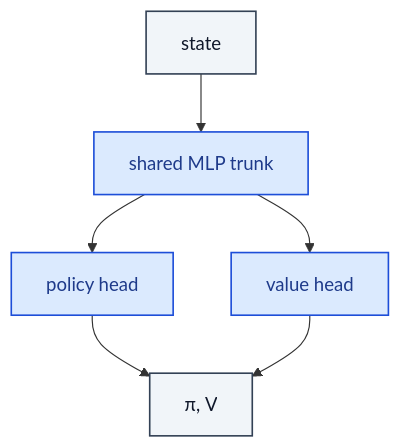
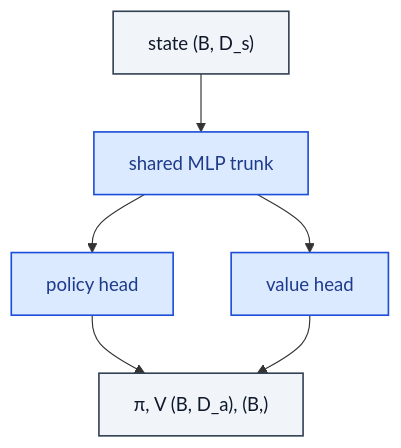
One commit to RealityShifts/Srivastava-book-of-Blocks-diagrams changed the diagram in rl/ActorCritic.md. Above: the diagram before and after it, drawn with Mermaid. The commit also changed 123 other files, not shown here.

````diff
--- a/rl/ActorCritic.md
+++ b/rl/ActorCritic.md
@@ -7,22 +7,23 @@
 ```mermaid
 flowchart TD
-    n0_0["state"]:::io
+    n0_0["state  (B, D_s)"]:::io
     n1_0["shared MLP trunk"]:::op
     n2_0["policy head"]:::op
     n2_1["value head"]:::op
-    n3_0["π, V"]:::io
+    n3_0["π, V  (B, D_a), (B,)"]:::io
     n0_0 --> n1_0
     n1_0 --> n2_0
     n1_0 --> n2_1
     n2_0 --> n3_0
     n2_1 --> n3_0
     classDef io fill:#f1f5f9,stroke:#334155,stroke-width:1.4px,color:#0f172a
     classDef op fill:#dbeafe,stroke:#1d4ed8,stroke-width:1.4px,color:#1e3a8a
     classDef norm fill:#dcfce7,stroke:#15803d,stroke-width:1.4px,color:#14532d
     classDef act fill:#ffedd5,stroke:#c2410c,stroke-width:1.4px,color:#7c2d12
     classDef attn fill:#ede9fe,stroke:#6d28d9,stroke-width:1.4px,color:#4c1d95
     classDef merge fill:#fef3c7,stroke:#b45309,stroke-width:1.4px,color:#78350f
     classDef emb fill:#fef9c3,stroke:#a16207,stroke-width:1.4px,color:#713f12
     classDef loss fill:#fee2e2,stroke:#b91c1c,stroke-width:1.4px,color:#7f1d1d
     classDef ctrl fill:#f5f5f4,stroke:#52525b,stroke-width:1.4px,color:#27272a
+    classDef ref fill:#e0f2fe,stroke:#0369a1,stroke-width:2px,color:#0c4a6e,stroke-dasharray: 4 2
 ```
````
